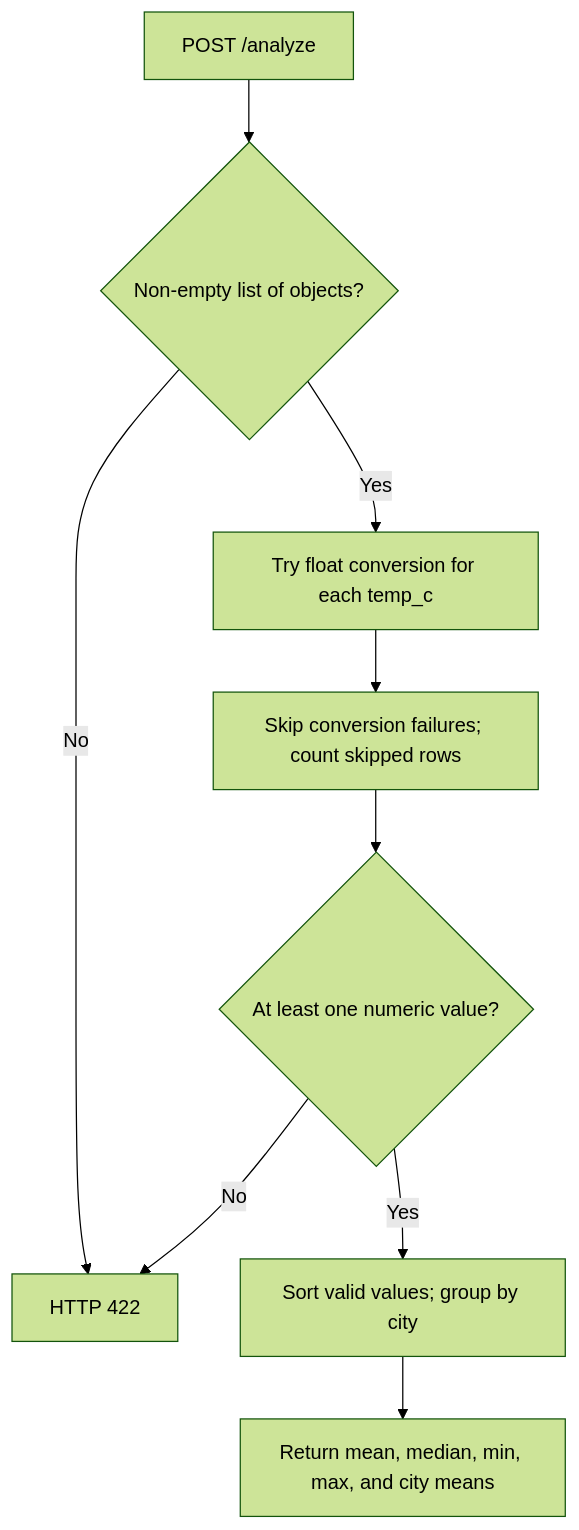
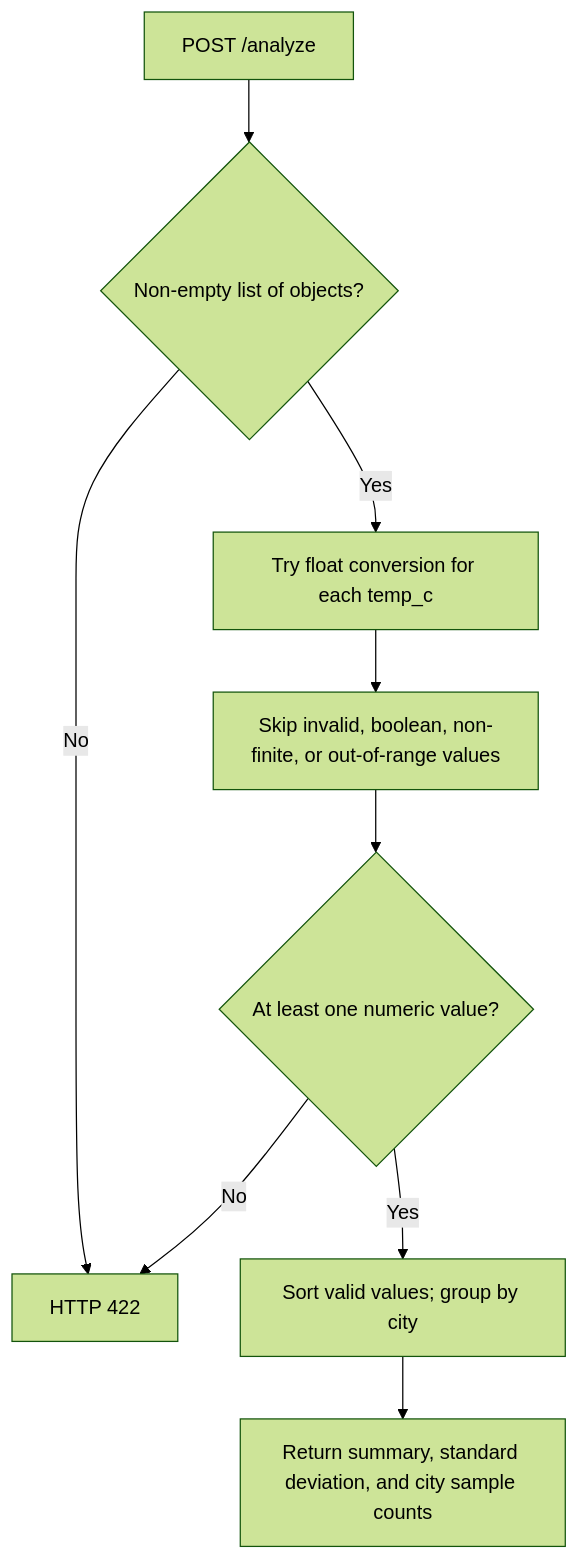
The first of 2 diagrams in docs/PROCESS_FLOW.md (iarsingh/weather-data-analyzer), drawn with Mermaid (forest theme) before and after one commit. The commit also changed other lines of this file and 13 other files, not shown here.

````diff
--- a/docs/PROCESS_FLOW.md
+++ b/docs/PROCESS_FLOW.md
@@ -7,11 +7,11 @@
 ```mermaid
 flowchart TD
   A["POST /analyze"] --> B{"Non-empty list of objects?"}
   B -->|"No"| E["HTTP 422"]
   B -->|"Yes"| P["Try float conversion for each temp_c"]
-  P --> S["Skip conversion failures; count skipped rows"]
+  P --> S["Skip invalid, boolean, non-finite, or out-of-range values"]
   S --> C{"At least one numeric value?"}
   C -->|"No"| E
   C -->|"Yes"| V["Sort valid values; group by city"]
-  V --> O["Return mean, median, min, max, and city means"]
+  V --> O["Return summary, standard deviation, and city sample counts"]
 ```
````
